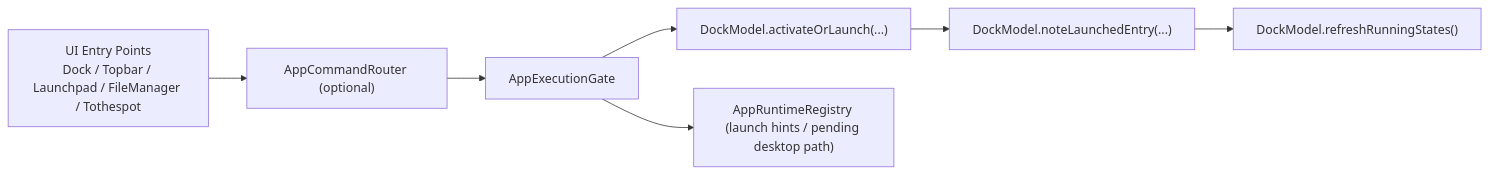
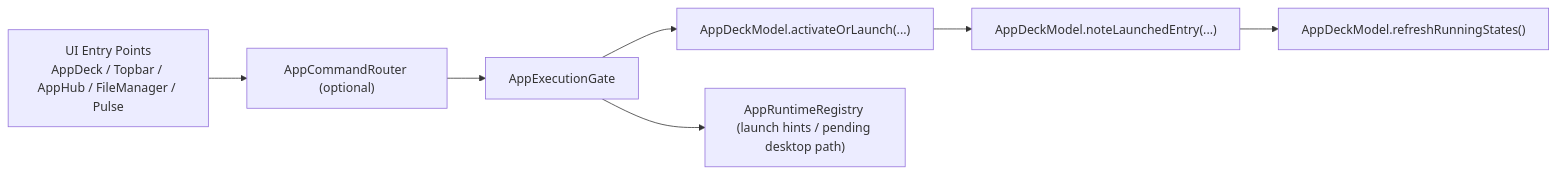
Before and after one commit to mumulalasoft/slm-desktop: the diagram in docs/ARCHITECTURE.md, drawn with Mermaid. The commit also changed other lines of this file and 157 other files, not shown here.

Commit message:
Refactor shell into AppDeck and Crown

````diff
--- a/docs/ARCHITECTURE.md
+++ b/docs/ARCHITECTURE.md
@@ -7,10 +7,10 @@
 ```mermaid
 flowchart LR
     UI["UI Entry Points
-Dock / Topbar / Launchpad / FileManager / Tothespot"] --> Router["AppCommandRouter (optional)"]
+AppDeck / Topbar / AppHub / FileManager / Pulse"] --> Router["AppCommandRouter (optional)"]
     Router --> Gate["AppExecutionGate"]
-    Gate --> DockActivate["DockModel.activateOrLaunch(...)"]
-    DockActivate --> NoteLaunch["DockModel.noteLaunchedEntry(...)"]
-    NoteLaunch --> Refresh["DockModel.refreshRunningStates()"]
+    Gate --> DockActivate["AppDeckModel.activateOrLaunch(...)"]
+    DockActivate --> NoteLaunch["AppDeckModel.noteLaunchedEntry(...)"]
+    NoteLaunch --> Refresh["AppDeckModel.refreshRunningStates()"]
     Gate --> Runtime["AppRuntimeRegistry (launch hints / pending desktop path)"]
 ```
````
